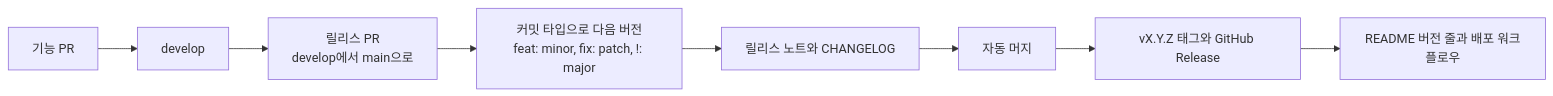
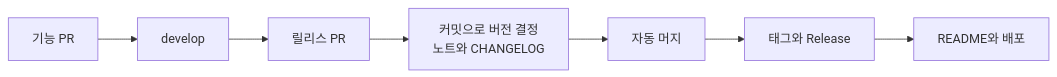
Before and after one commit to Twin-Fang/project-auto-wizard: the first of 2 diagrams in README.ko.md, drawn with Mermaid. The commit also changed other lines of this file and 3 other files, not shown here.

````diff
--- a/README.ko.md
+++ b/README.ko.md
@@ -123,10 +123,4 @@
 ```mermaid
 flowchart LR
-    A[기능 PR] --> B[develop]
-    B --> C[릴리스 PR<br/>develop에서 main으로]
-    C --> D[커밋 타입으로 다음 버전<br/>feat: minor, fix: patch, !: major]
-    D --> E[릴리스 노트와 CHANGELOG]
-    E --> F[자동 머지]
-    F --> G[vX.Y.Z 태그와 GitHub Release]
-    G --> H[README 버전 줄과 배포 워크플로우]
+    A["기능 PR"] --> B["develop"] --> C["릴리스 PR"] --> D["커밋으로 버전 결정<br/>노트와 CHANGELOG"] --> E["자동 머지"] --> F["태그와 Release"] --> G["README와 배포"]
 ```
````
